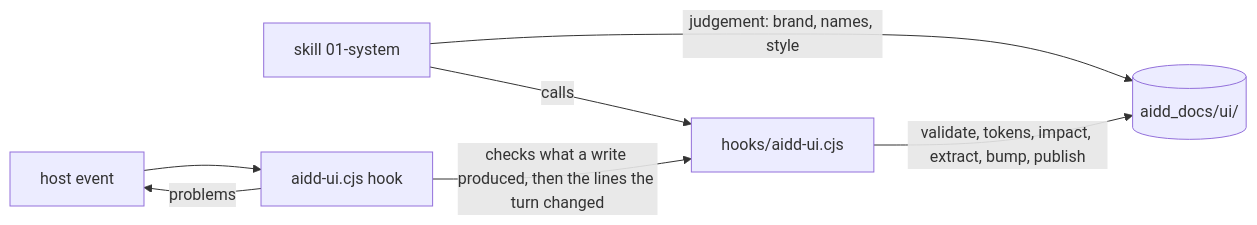
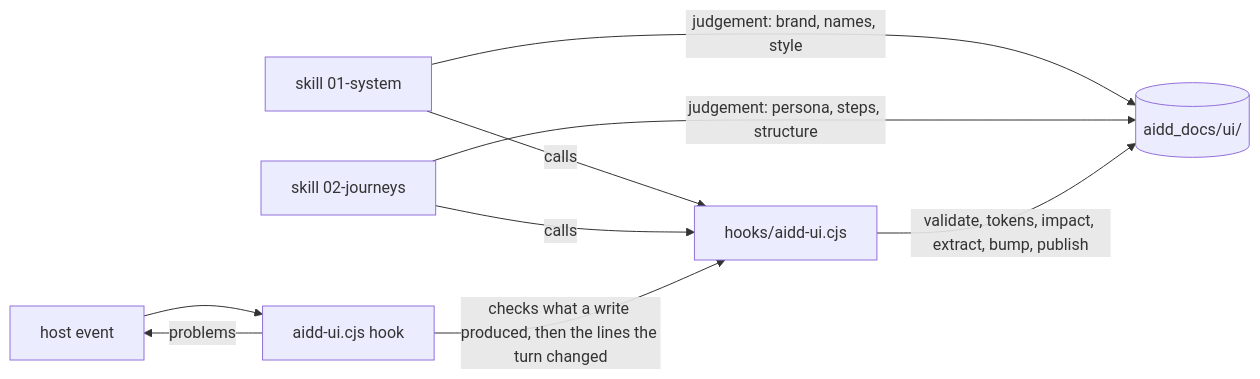
One commit to ai-driven-dev/framework changed the diagram in plugins/aidd-ui/README.md. Above: the diagram before and after it, drawn with Mermaid. The commit also changed other lines of this file and 1 other file, not shown here.

Commit message:
docs(aidd-ui): name wireframes and the journeys skill in the readme and the spec
Claude-Session: https://claude.ai/code/session_01XeK3mD4irAZumku9bknHhD

````diff
--- a/plugins/aidd-ui/README.md
+++ b/plugins/aidd-ui/README.md
@@ -20,9 +20,11 @@
 ```mermaid
 flowchart LR
   Skill["skill 01-system"] -->|"judgement: brand, names, style"| Docs[("aidd_docs/ui/")]
+  Journeys["skill 02-journeys"] -->|"judgement: persona, steps, structure"| Docs
   Skill -->|"calls"| Engine["hooks/aidd-ui.cjs"]
+  Journeys -->|"calls"| Engine
   Engine -->|"validate, tokens, impact, extract, bump, publish"| Docs
   Host["host event"] --> Hook["aidd-ui.cjs hook"]
   Hook -->|"checks what a write produced, then the lines the turn changed"| Engine
   Hook -->|"problems"| Host
 ```
````
